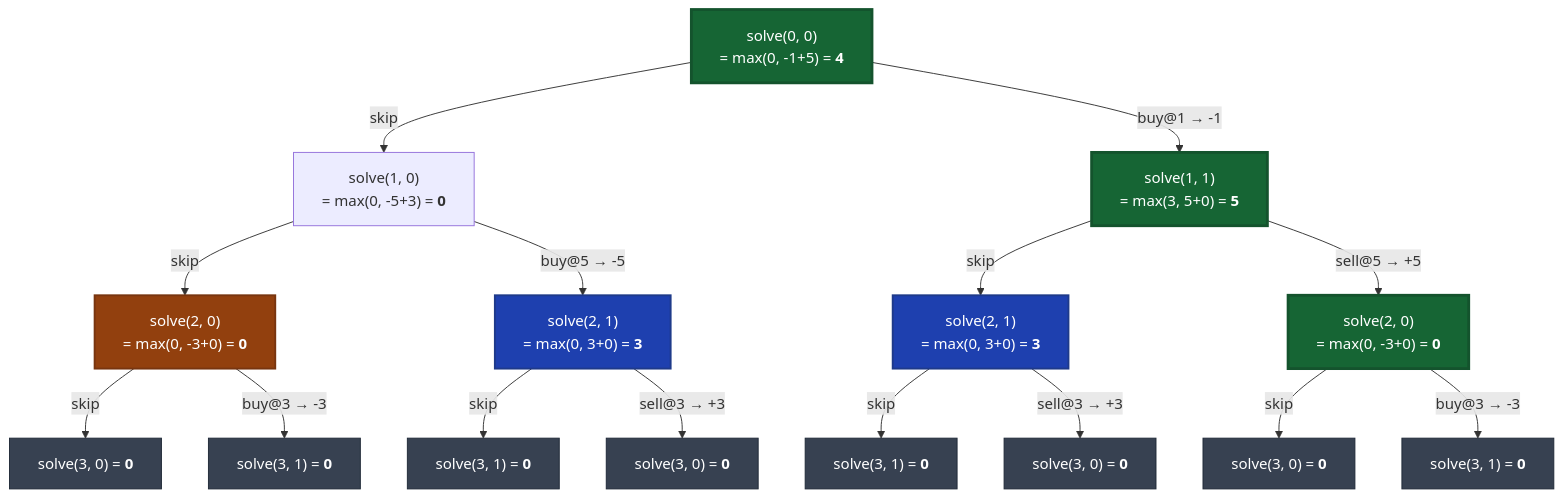
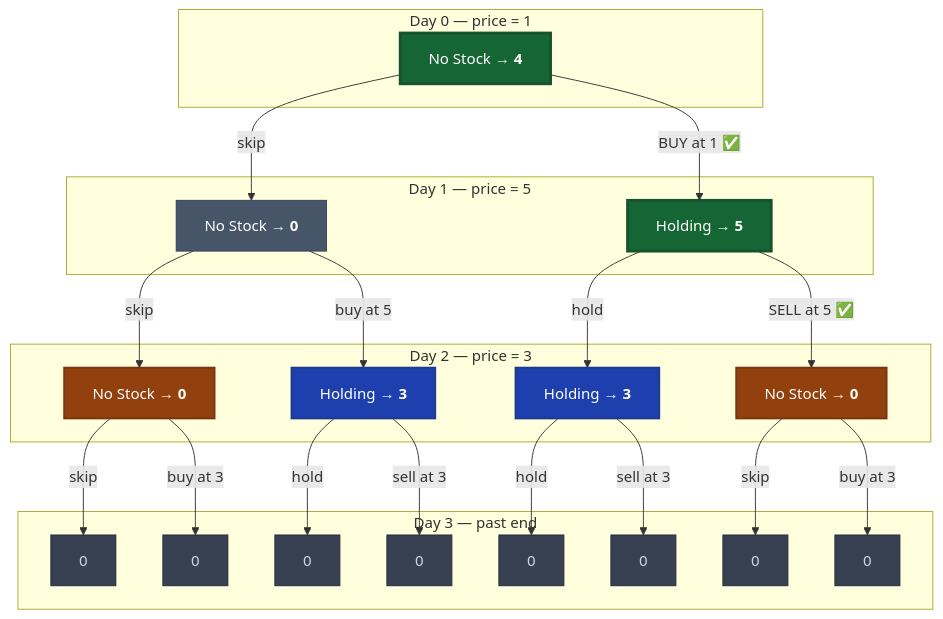
One commit to ashishdotme/wiki.ashish.me changed the diagram in leetcode/dp/best-time-to-buy-stock.md. Above: the diagram before and after it, drawn with Mermaid. The commit also changed other lines of this file, not shown here.

Commit message:
fix: simplify recursion tree diagram for readability

````diff
--- a/leetcode/dp/best-time-to-buy-stock.md
+++ b/leetcode/dp/best-time-to-buy-stock.md
@@ -19,30 +19,56 @@
 ```mermaid
 graph TD
     classDef optimal fill:#166534,stroke:#14532d,stroke-width:3px,color:#fff
+    classDef normal fill:#475569,stroke:#334155,color:#fff
     classDef overlap1 fill:#92400e,stroke:#78350f,stroke-width:2px,color:#fff
     classDef overlap2 fill:#1e40af,stroke:#1e3a8a,stroke-width:2px,color:#fff
-    classDef base fill:#374151,stroke:#1f2937,color:#fff
+    classDef base fill:#374151,stroke:#1f2937,color:#d1d5db
 
-    R["solve(0, 0)<br/>= max(0, -1+5) = <b>4</b>"]:::optimal
+    subgraph day0 ["Day 0 — price = 1"]
+        R["No Stock → <b>4</b>"]:::optimal
+    end
 
-    R -->|"skip"| A["solve(1, 0)<br/>= max(0, -5+3) = <b>0</b>"]
-    R -->|"buy@1 → -1"| B["solve(1, 1)<br/>= max(3, 5+0) = <b>5</b>"]:::optimal
+    subgraph day1 ["Day 1 — price = 5"]
+        A["No Stock → <b>0</b>"]:::normal
+        B["Holding → <b>5</b>"]:::optimal
+    end
 
-    A -->|"skip"| C["solve(2, 0)<br/>= max(0, -3+0) = <b>0</b>"]:::overlap1
-    A -->|"buy@5 → -5"| D["solve(2, 1)<br/>= max(0, 3+0) = <b>3</b>"]:::overlap2
+    subgraph day2 ["Day 2 — price = 3"]
+        C["No Stock → <b>0</b>"]:::overlap1
+        D["Holding → <b>3</b>"]:::overlap2
+        E["Holding → <b>3</b>"]:::overlap2
+        F["No Stock → <b>0</b>"]:::overlap1
+    end
 
-    B -->|"skip"| E["solve(2, 1)<br/>= max(0, 3+0) = <b>3</b>"]:::overlap2
-    B -->|"sell@5 → +5"| F["solve(2, 0)<br/>= max(0, -3+0) = <b>0</b>"]:::optimal
+    subgraph day3 ["Day 3 — past end"]
+        G["0"]:::base
+        H["0"]:::base
+        I["0"]:::base
+        J["0"]:::base
+        K["0"]:::base
+        L["0"]:::base
+        M["0"]:::base
+        N["0"]:::base
+    end
 
-    C -->|"skip"| G["solve(3, 0) = <b>0</b>"]:::base
-    C -->|"buy@3 → -3"| H["solve(3, 1) = <b>0</b>"]:::base
+    R -- "skip" --> A
+    R -- "BUY at 1 ✅" --> B
 
-    D -->|"skip"| I["solve(3, 1) = <b>0</b>"]:::base
-    D -->|"sell@3 → +3"| J["solve(3, 0) = <b>0</b>"]:::base
+    A -- "skip" --> C
+    A -- "buy at 5" --> D
 
-    E -->|"skip"| K["solve(3, 1) = <b>0</b>"]:::base
-    E -->|"sell@3 → +3"| L["solve(3, 0) = <b>0</b>"]:::base
+    B -- "hold" --> E
+    B -- "SELL at 5 ✅" --> F
 
-    F -->|"skip"| M["solve(3, 0) = <b>0</b>"]:::base
-    F -->|"buy@3 → -3"| N["solve(3, 1) = <b>0</b>"]:::base
+    C -- "skip" --> G
+    C -- "buy at 3" --> H
+
+    D -- "hold" --> I
+    D -- "sell at 3" --> J
+
+    E -- "hold" --> K
+    E -- "sell at 3" --> L
+
+    F -- "skip" --> M
+    F -- "buy at 3" --> N
 ```
````
